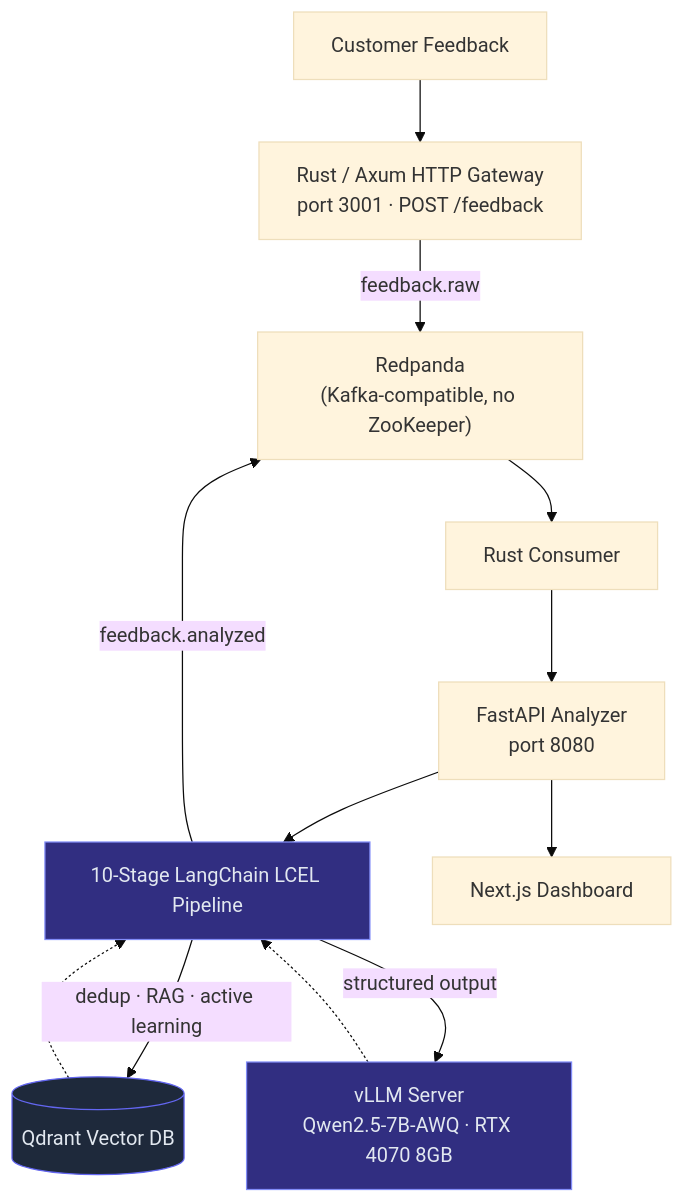
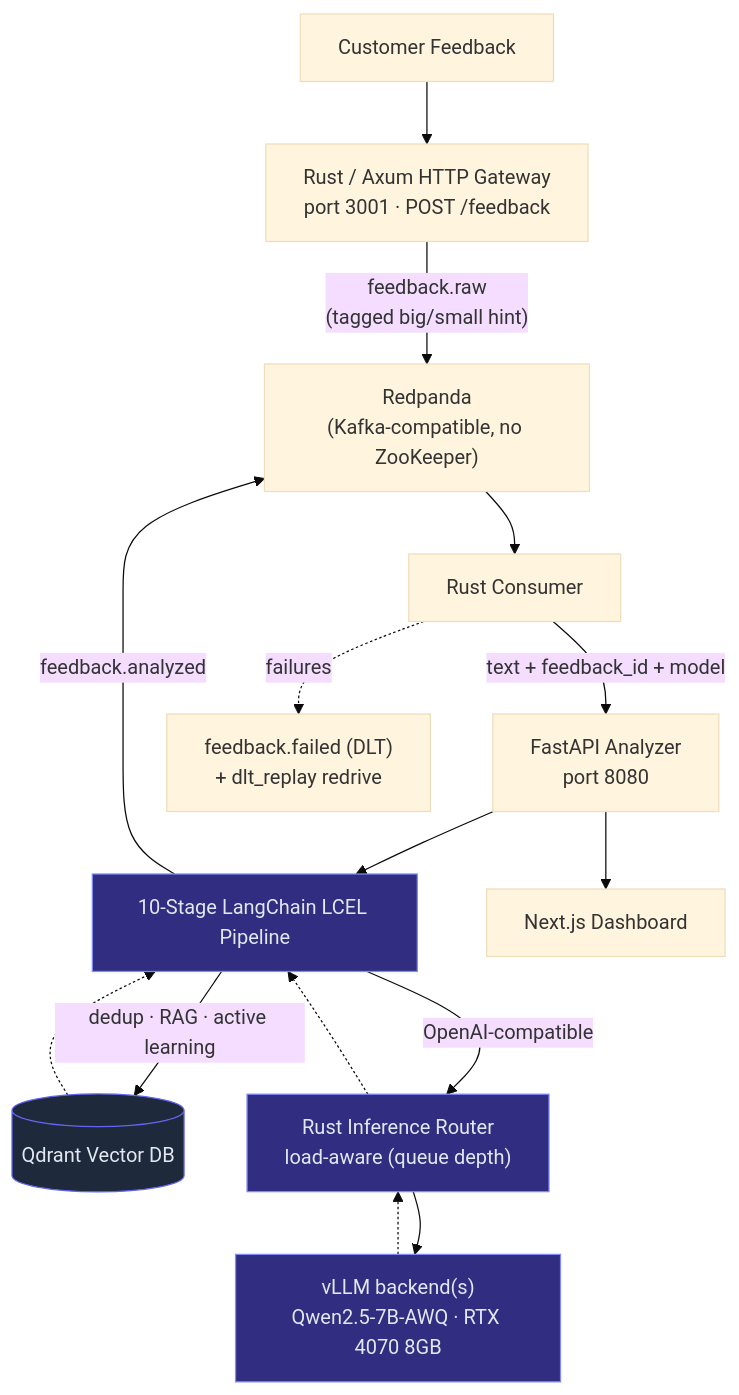
One commit to SMAXXY26/VOC-sentiment-analyzer changed the first of 4 diagrams in README.md. Above: the diagram before and after it, drawn with Mermaid (base theme). The commit also changed other lines of this file, not shown here.

First line of the commit message:
README: router-based architecture + Failure Recovery Matrix

````diff
--- a/README.md
+++ b/README.md
@@ -27,19 +27,21 @@
 ```mermaid
 flowchart TD
     CF["Customer Feedback"] --> GW["Rust / Axum HTTP Gateway<br/>port 3001 · POST /feedback"]
-    GW -->|"feedback.raw"| RP["Redpanda<br/>(Kafka-compatible, no ZooKeeper)"]
+    GW -->|"feedback.raw<br/>(tagged big/small hint)"| RP["Redpanda<br/>(Kafka-compatible, no ZooKeeper)"]
     RP --> CONS["Rust Consumer"]
-    CONS --> API["FastAPI Analyzer<br/>port 8080"]
+    CONS -->|"text + feedback_id + model"| API["FastAPI Analyzer<br/>port 8080"]
     API --> PIPE["10-Stage LangChain LCEL Pipeline"]
     PIPE -->|"dedup · RAG · active learning"| QD[("Qdrant Vector DB")]
-    PIPE -->|"structured output"| VLLM["vLLM Server<br/>Qwen2.5-7B-AWQ · RTX 4070 8GB"]
+    PIPE -->|"OpenAI-compatible"| ROUTER["Rust Inference Router<br/>load-aware (queue depth)"]
+    ROUTER --> VLLM["vLLM backend(s)<br/>Qwen2.5-7B-AWQ · RTX 4070 8GB"]
     QD -.-> PIPE
-    VLLM -.-> PIPE
+    VLLM -.-> ROUTER -.-> PIPE
     PIPE -->|"feedback.analyzed"| RP
+    CONS -.->|"failures"| DLT["feedback.failed (DLT)<br/>+ dlt_replay redrive"]
     API --> DASH["Next.js Dashboard"]
 
     classDef store fill:#1e293b,stroke:#6366f1,color:#e2e8f0;
     classDef infer fill:#312e81,stroke:#818cf8,color:#e2e8f0;
     class QD store;
-    class VLLM,PIPE infer;
+    class VLLM,PIPE,ROUTER infer;
 ```
````
